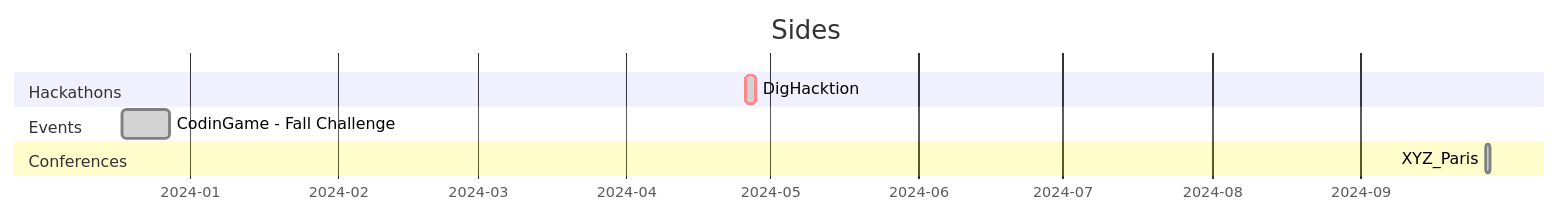
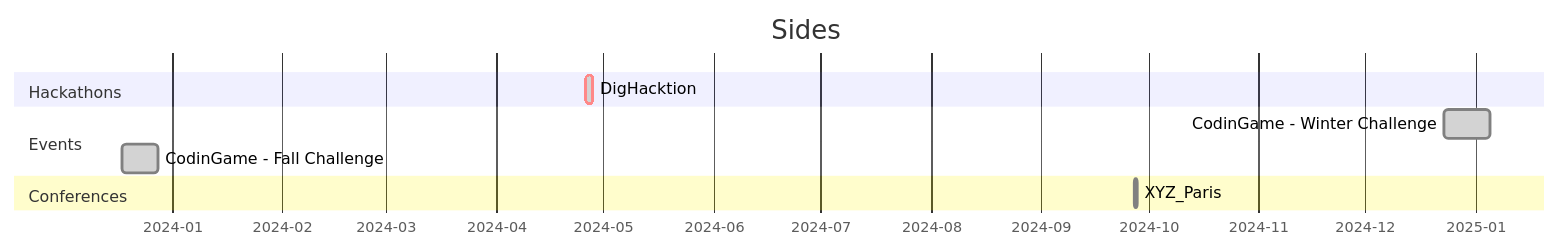
The third of 3 diagrams in README.md (Tablerase/42_Projects), drawn with Mermaid before and after one commit.

Commit message:
docs: update timeline info

````diff
--- a/README.md
+++ b/README.md
@@ -174,16 +174,17 @@
 ```mermaid
 gantt
     title Sides
     dateFormat  YYYY-MM-DD
     axisFormat %Y-%m
     todayMarker on
 
     section Hackathons
     DigHacktion : crit, done, 2024-04-26, 2024-04-28
 
     section Events
+    CodinGame - Winter Challenge : done, 2024-12-23, 2025-01-05
     CodinGame - Fall Challenge : done, 2023-12-18, 2023-12-28
 
     section Conferences
     XYZ_Paris : done, 2024-09-27, 1d
 ```
````
